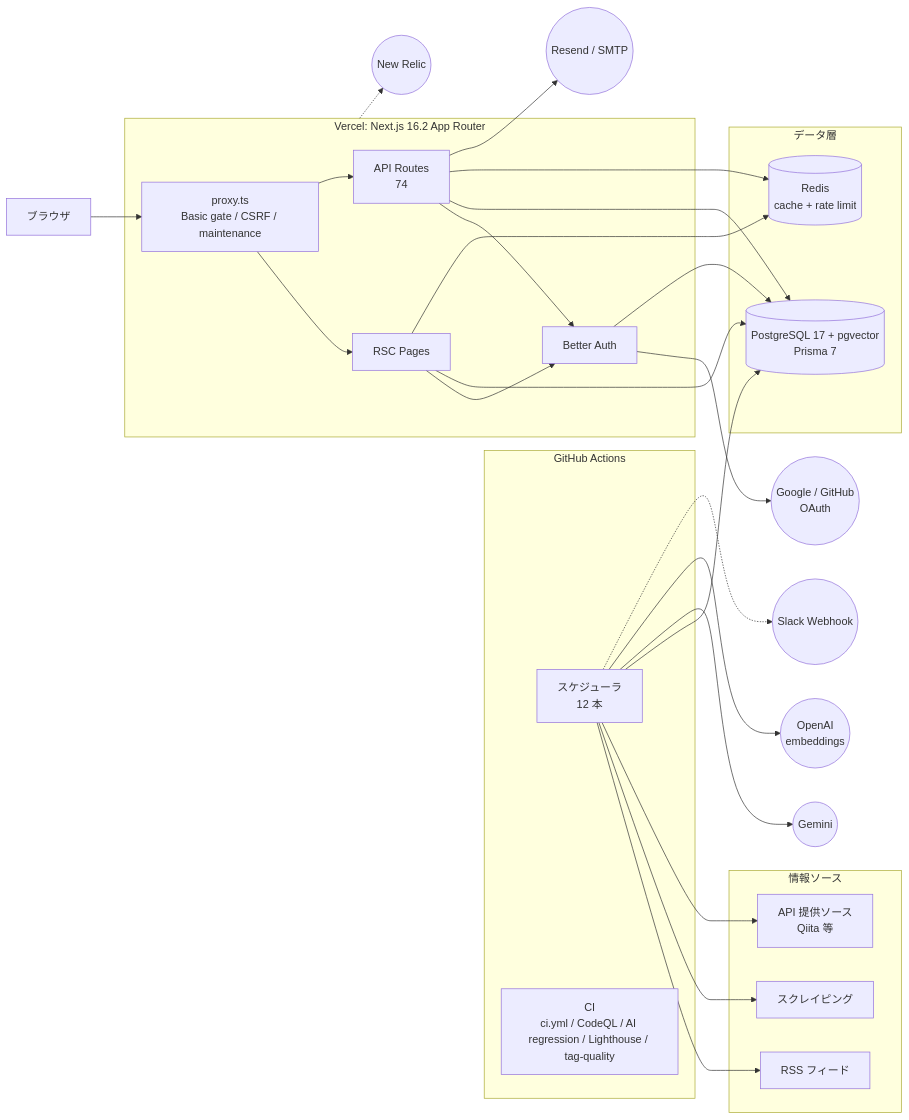
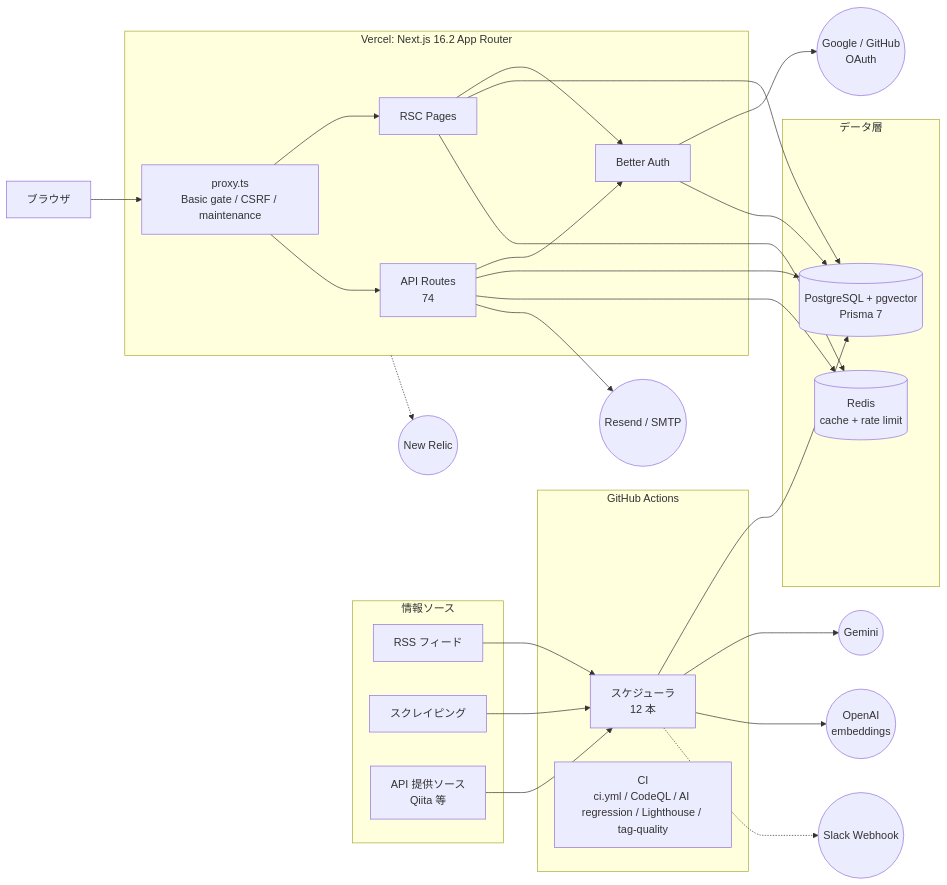
One commit to pawafulu7/techtrend changed the diagram in docs/presentations/assets/techtrend-architecture.mmd. Above: the diagram before and after it, drawn with Mermaid. The commit also changed 8 other files, not shown here.

First line of the commit message:
docs(architecture): cross-review で判明した事実誤認を修正

```diff
--- a/docs/presentations/assets/techtrend-architecture.mmd
+++ b/docs/presentations/assets/techtrend-architecture.mmd
@@ -1,57 +1,57 @@
 %% 正本は docs/architecture/01-system-overview.md の「01-A 本番構成」。
 %% このファイルはその複製で、自動同期はされない。01-A を更新したらここも同期すること。
 %% 2026-08-15 時点のコードをもとに作成。
 flowchart LR
     browser["ブラウザ"]
 
     subgraph src["情報ソース"]
         src_rss["RSS フィード"]
         src_scrape["スクレイピング"]
         src_api["API 提供ソース<br/>Qiita 等"]
     end
 
     subgraph gha["GitHub Actions"]
         gha_sched["スケジューラ<br/>12 本"]
         gha_ci["CI<br/>ci.yml / CodeQL / AI regression / Lighthouse / tag-quality"]
     end
 
     subgraph vercel["Vercel: Next.js 16.2 App Router"]
         proxy["proxy.ts<br/>Basic gate / CSRF / maintenance"]
         pages["RSC Pages"]
         api_routes["API Routes<br/>74"]
         better_auth["Better Auth"]
     end
 
     subgraph data["データ層"]
-        pg[("PostgreSQL 17 + pgvector<br/>Prisma 7")]
+        pg[("PostgreSQL + pgvector<br/>Prisma 7")]
         redis[("Redis<br/>cache + rate limit")]
     end
 
     gemini(("Gemini"))
     openai(("OpenAI<br/>embeddings"))
     mail(("Resend / SMTP"))
     slack(("Slack Webhook"))
     oauth(("Google / GitHub<br/>OAuth"))
     newrelic(("New Relic"))
 
-    gha_sched --> src_rss
-    gha_sched --> src_scrape
-    gha_sched --> src_api
+    src_rss --> gha_sched
+    src_scrape --> gha_sched
+    src_api --> gha_sched
     gha_sched --> pg
     gha_sched --> gemini
     gha_sched --> openai
     gha_sched -.-> slack
 
     browser --> proxy
     proxy --> pages
     proxy --> api_routes
     pages --> better_auth
     api_routes --> better_auth
     better_auth --> oauth
     better_auth --> pg
     pages --> pg
     pages --> redis
     api_routes --> pg
     api_routes --> redis
     api_routes --> mail
     vercel -.-> newrelic
```
